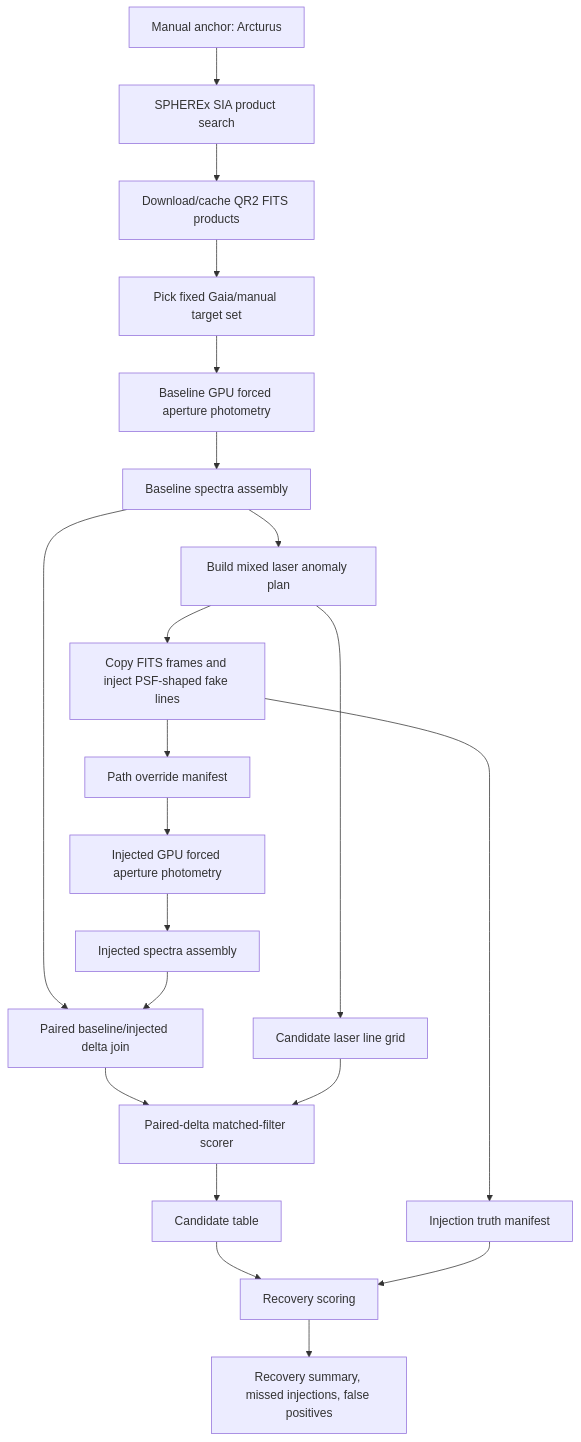
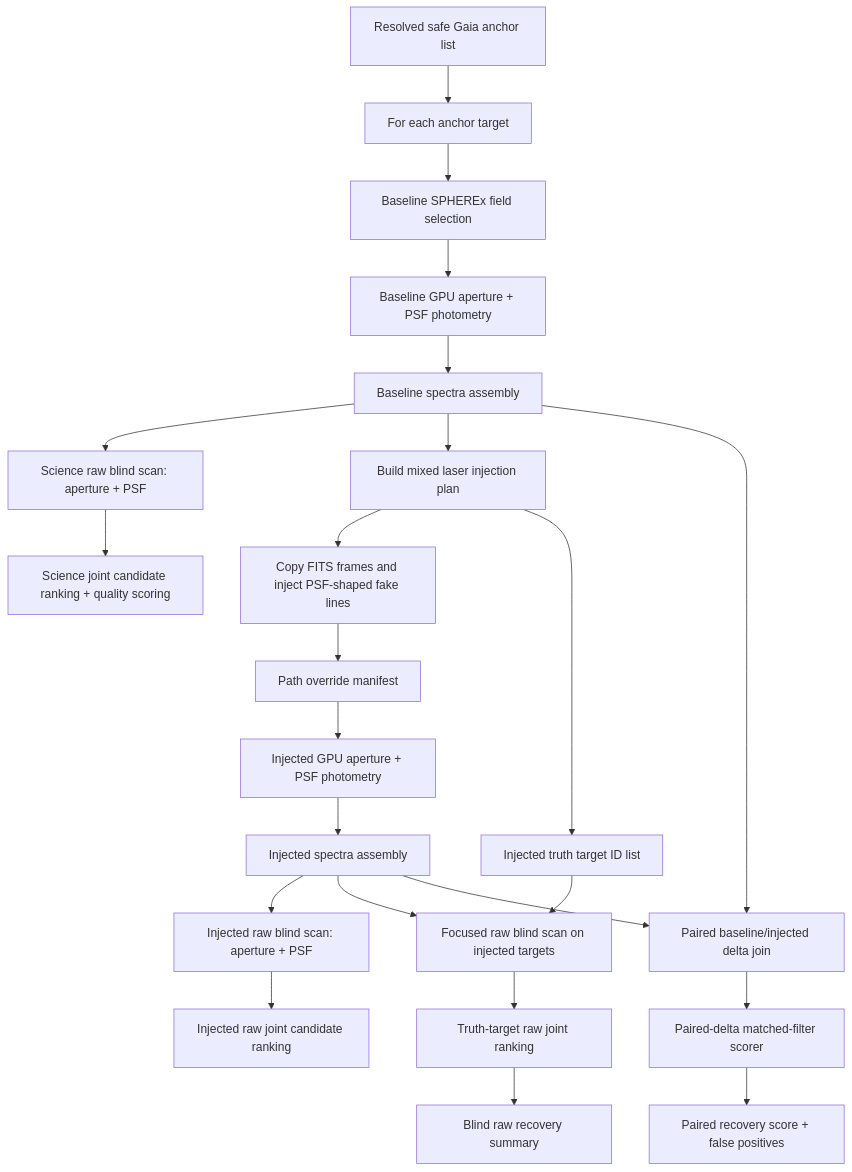
One commit to CliveFX/-SPHERExMiner changed the diagram in docs/arcturus_deep_injection_pipeline.md. Above: the diagram before and after it, drawn with Mermaid. The commit also changed other lines of this file and 8 other files, not shown here.

````diff
--- a/docs/arcturus_deep_injection_pipeline.md
+++ b/docs/arcturus_deep_injection_pipeline.md
@@ -18,23 +66,29 @@
 ```mermaid
 flowchart TD
-    A[Manual anchor: Arcturus] --> B[SPHEREx SIA product search]
-    B --> C[Download/cache QR2 FITS products]
-    C --> D[Pick fixed Gaia/manual target set]
-    D --> E[Baseline GPU forced aperture photometry]
-    E --> F[Baseline spectra assembly]
-    F --> G[Build mixed laser anomaly plan]
-    G --> H[Copy FITS frames and inject PSF-shaped fake lines]
-    H --> I[Path override manifest]
-    I --> J[Injected GPU forced aperture photometry]
-    J --> K[Injected spectra assembly]
-    F --> L[Paired baseline/injected delta join]
-    K --> L
-    G --> M[Candidate laser line grid]
-    L --> N[Paired-delta matched-filter scorer]
-    M --> N
-    N --> O[Candidate table]
-    H --> P[Injection truth manifest]
-    O --> Q[Recovery scoring]
-    P --> Q
-    Q --> R[Recovery summary, missed injections, false positives]
+    A[Resolved safe Gaia anchor list] --> B[For each anchor target]
+    B --> C[Baseline SPHEREx field selection]
+    C --> D[Baseline GPU aperture + PSF photometry]
+    D --> E[Baseline spectra assembly]
+    E --> F[Science raw blind scan: aperture + PSF]
+    F --> G[Science joint candidate ranking + quality scoring]
+
+    E --> H[Build mixed laser injection plan]
+    H --> I[Copy FITS frames and inject PSF-shaped fake lines]
+    I --> J[Path override manifest]
+    J --> K[Injected GPU aperture + PSF photometry]
+    K --> L[Injected spectra assembly]
+
+    L --> M[Injected raw blind scan: aperture + PSF]
+    M --> N[Injected raw joint candidate ranking]
+
+    H --> O[Injected truth target ID list]
+    L --> P[Focused raw blind scan on injected targets]
+    O --> P
+    P --> Q[Truth-target raw joint ranking]
+    Q --> R[Blind raw recovery summary]
+
+    E --> S[Paired baseline/injected delta join]
+    L --> S
+    S --> T[Paired-delta matched-filter scorer]
+    T --> U[Paired recovery score + false positives]
 ```
````
